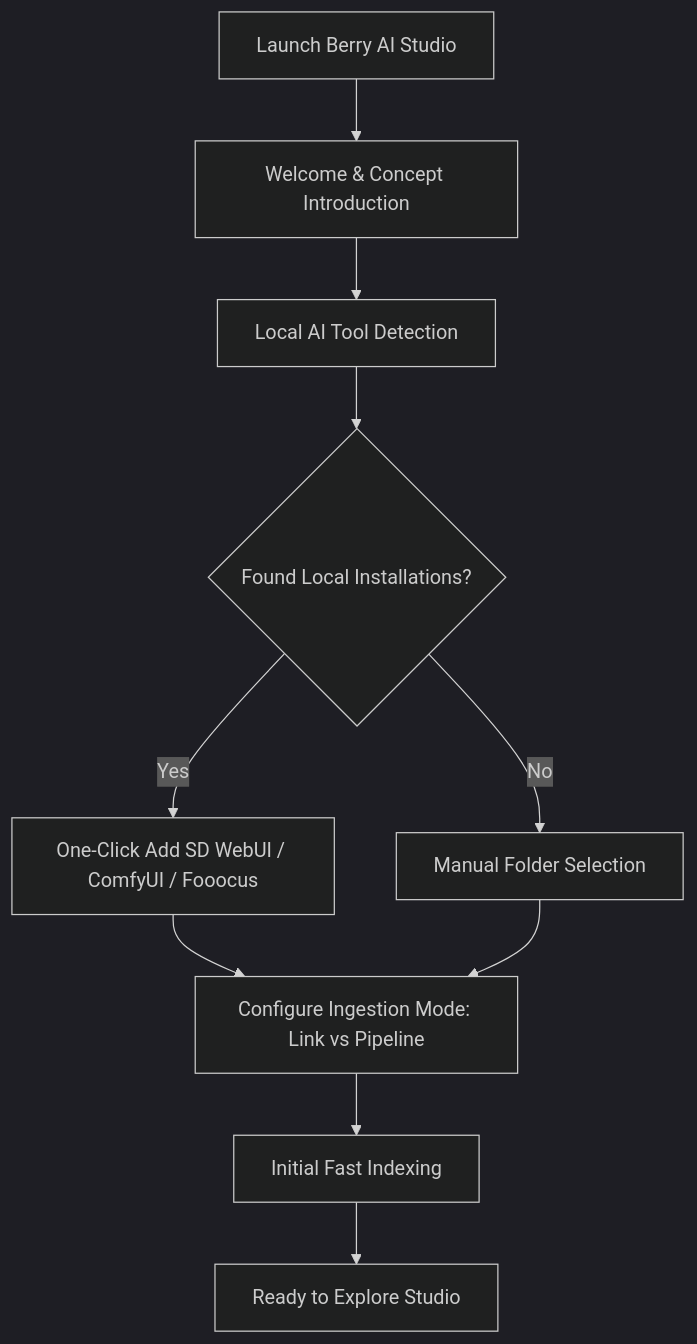
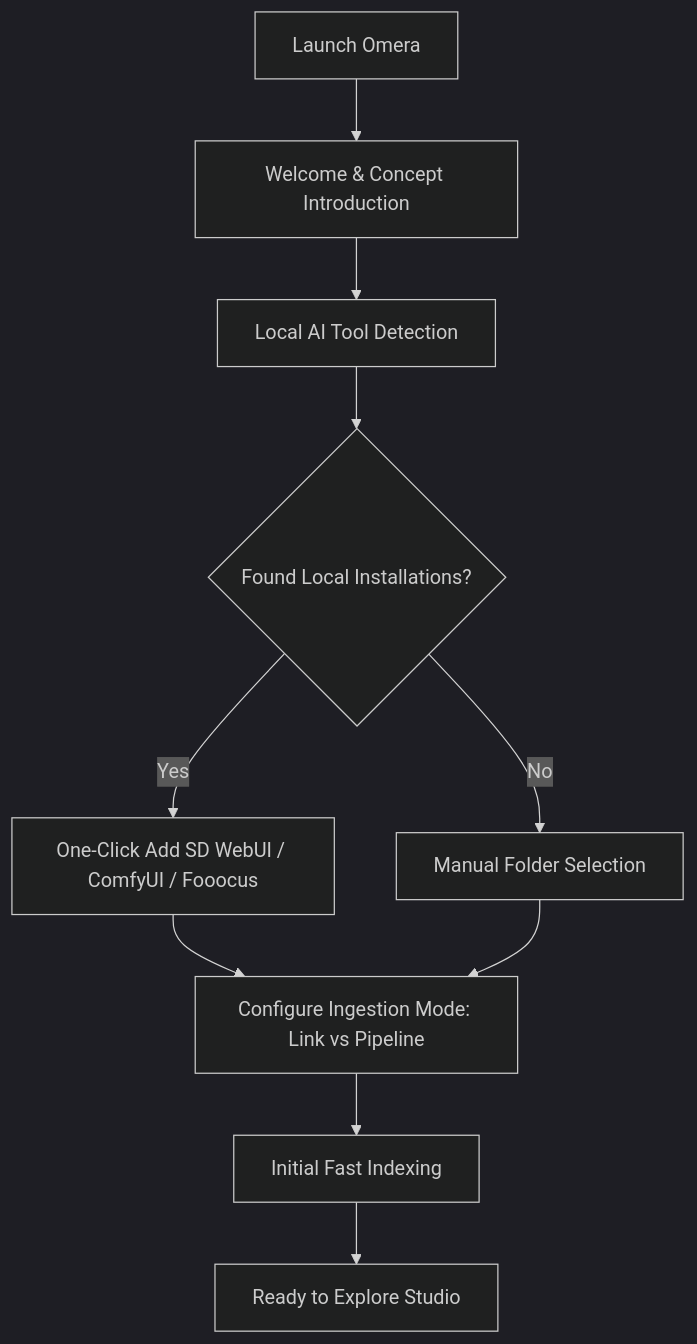
One commit to BerryUIKI/Berry-AI-Studio changed the diagram in docs/wiki/en/01-getting-started/installation.md. Above: the diagram before and after it, drawn with Mermaid (dark theme). The commit also changed other lines of this file and 224 other files, not shown here.

````diff
--- a/docs/wiki/en/01-getting-started/installation.md
+++ b/docs/wiki/en/01-getting-started/installation.md
@@ -66,12 +66,12 @@
 ```mermaid
 flowchart TD
-    A[Launch Berry AI Studio] --> B[Welcome & Concept Introduction]
+    A[Launch Omera] --> B[Welcome & Concept Introduction]
     B --> C[Local AI Tool Detection]
     C --> D{Found Local Installations?}
     D -- Yes --> E[One-Click Add SD WebUI / ComfyUI / Fooocus]
     D -- No --> F[Manual Folder Selection]
     E --> G[Configure Ingestion Mode: Link vs Pipeline]
     F --> G
     G --> H[Initial Fast Indexing]
     H --> I[Ready to Explore Studio]
 ```
````
